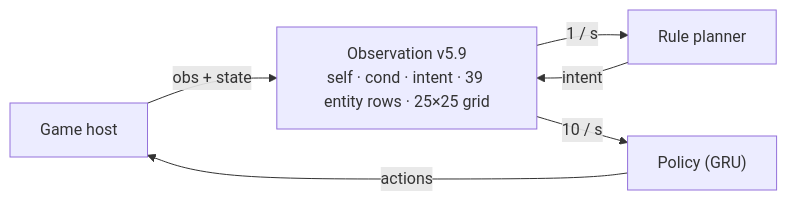
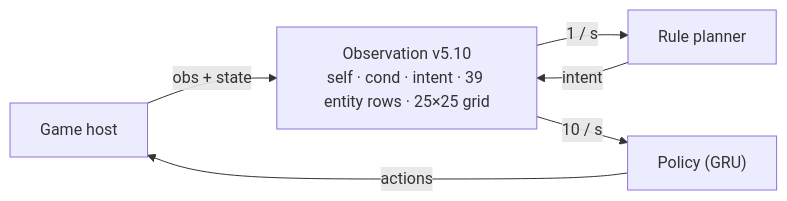
Before and after one commit to mlgdoggynoob/bsrl-sim: the first of 2 diagrams in README.md, drawn with Mermaid. The commit also changed other lines of this file and 8 other files, not shown here.

First line of the commit message:
OBS v5.10: entity cube columns, intents super / check_bush, planner rules, model padding

````diff
--- a/README.md
+++ b/README.md
@@ -59,6 +59,6 @@
 ```mermaid
 flowchart LR
-    H["Game host"] -->|"obs + state"| O["Observation v5.9<br/>self · cond · intent · 39 entity rows · 25×25 grid"]
+    H["Game host"] -->|"obs + state"| O["Observation v5.10<br/>self · cond · intent · 39 entity rows · 25×25 grid"]
     O -->|"1 / s"| PL["Rule planner"] -->|"intent"| O
     O -->|"10 / s"| P["Policy (GRU)"] -->|"actions"| H
 ```
````
